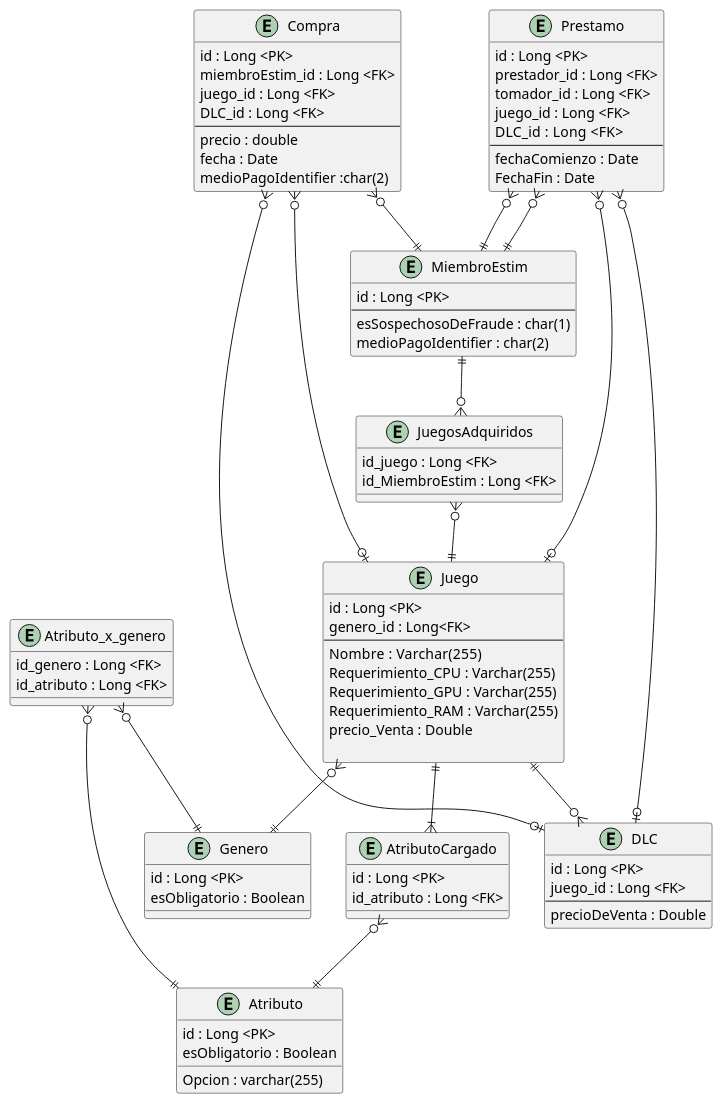
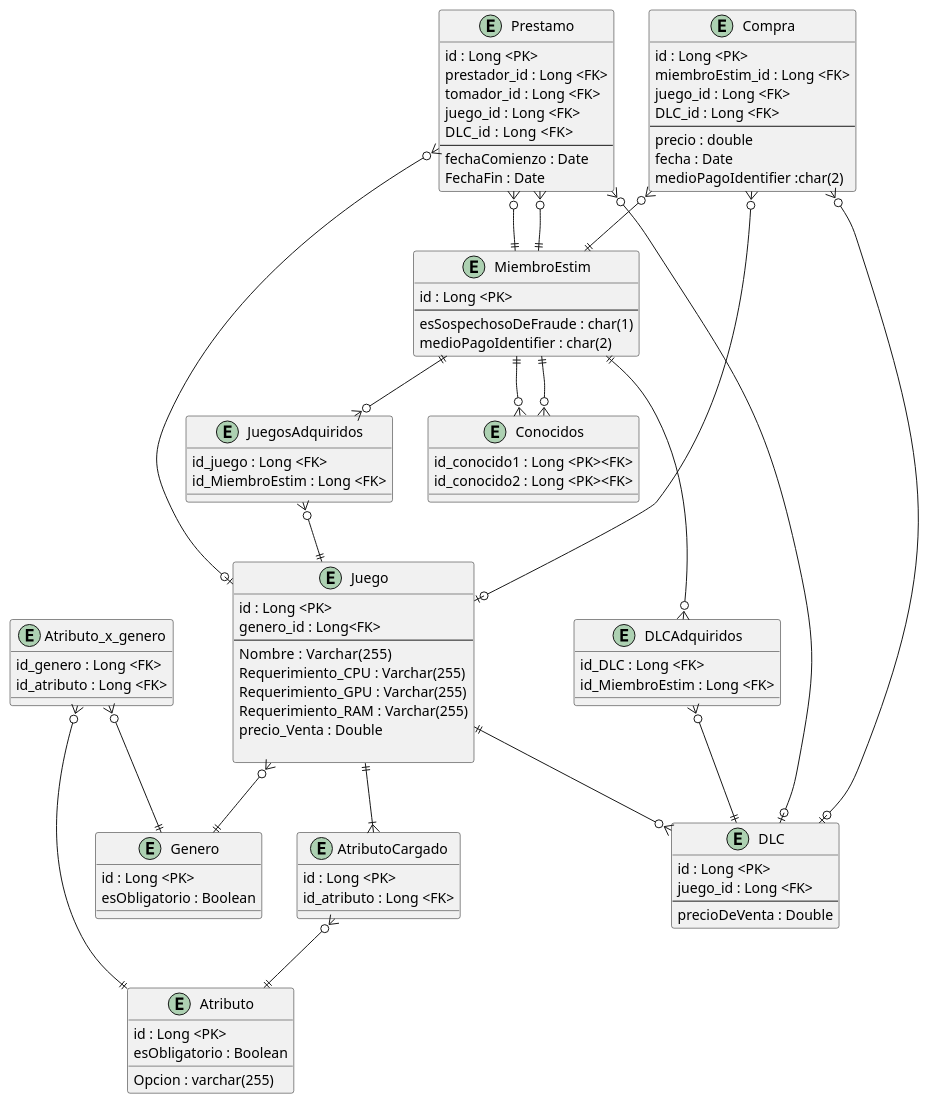
Before and after one commit to nachovilla123/DisenioDeSistemasUTN: the diagram in segundo_parcial/2023/estim/DER.puml, drawn with PlantUML.

Commit message:
Correcciones

```diff
--- a/segundo_parcial/2023/estim/DER.puml
+++ b/segundo_parcial/2023/estim/DER.puml
@@ -1,106 +1,118 @@
 @startuml
 
 Entity Juego{
     id : Long <PK>
     genero_id : Long<FK>
     --
     Nombre :  Varchar(255)
     Requerimiento_CPU : Varchar(255)
     Requerimiento_GPU : Varchar(255)
     Requerimiento_RAM : Varchar(255)
     precio_Venta : Double
 
 }
 
 Entity Genero{
     id : Long <PK>
     esObligatorio : Boolean
 }
 
 Entity Atributo_x_genero{
     id_genero : Long <FK>
     id_atributo : Long <FK>
 }
 
 Entity AtributoCargado{
      id : Long <PK>
      id_atributo : Long <FK>
  }
 
 Entity Atributo{
      id : Long <PK>
      esObligatorio : Boolean
      Opcion : varchar(255)
 }
 
 
 Entity Compra{
      id : Long <PK>
      miembroEstim_id : Long <FK>
      juego_id : Long <FK>
      DLC_id : Long <FK>
      --
      precio : double
      fecha : Date
      medioPagoIdentifier :char(2)
  }
 
 Entity MiembroEstim{
      id : Long <PK>
      --
      esSospechosoDeFraude : char(1)
      medioPagoIdentifier : char(2)
 }
 
 Entity JuegosAdquiridos{
     id_juego : Long <FK>
     id_MiembroEstim : Long <FK>
 }
 
 Entity Prestamo{
      id : Long <PK>
      prestador_id : Long <FK>
      tomador_id : Long <FK>
      juego_id : Long <FK>
      DLC_id  : Long <FK>
     --
     fechaComienzo : Date
     FechaFin : Date
 }
 
+Entity Conocidos{
+  id_conocido1 : Long <PK><FK>
+  id_conocido2 : Long <PK><FK>
+}
+
 
 
 Entity DLC{
      id : Long <PK>
      juego_id : Long <FK>
      --
      precioDeVenta : Double
 }
 
-
+Entity DLCAdquiridos{
+    id_DLC : Long <FK>
+    id_MiembroEstim : Long <FK>
+}
 
 Juego ||--o{ DLC
 Juego }o--|| Genero
 
 AtributoCargado }o--|| Atributo
 Juego ||--|{ AtributoCargado
 
 Atributo_x_genero }o--|| Atributo
 Atributo_x_genero }o--|| Genero
 
+MiembroEstim ||--o{ Conocidos
+MiembroEstim ||--o{ Conocidos
 MiembroEstim ||--o{ JuegosAdquiridos
+MiembroEstim ||--o{ DLCAdquiridos
 JuegosAdquiridos }o--|| Juego
+DLCAdquiridos }o--|| DLC
 
 Compra }o--o| DLC
 Compra }o--o| Juego
 Compra }o--|| MiembroEstim
 
 
 Prestamo  }o--|| MiembroEstim
 Prestamo  }o--|| MiembroEstim
 Prestamo  }o--o| Juego
 Prestamo  }o--o| DLC
 
 }
 
 @enduml
```
